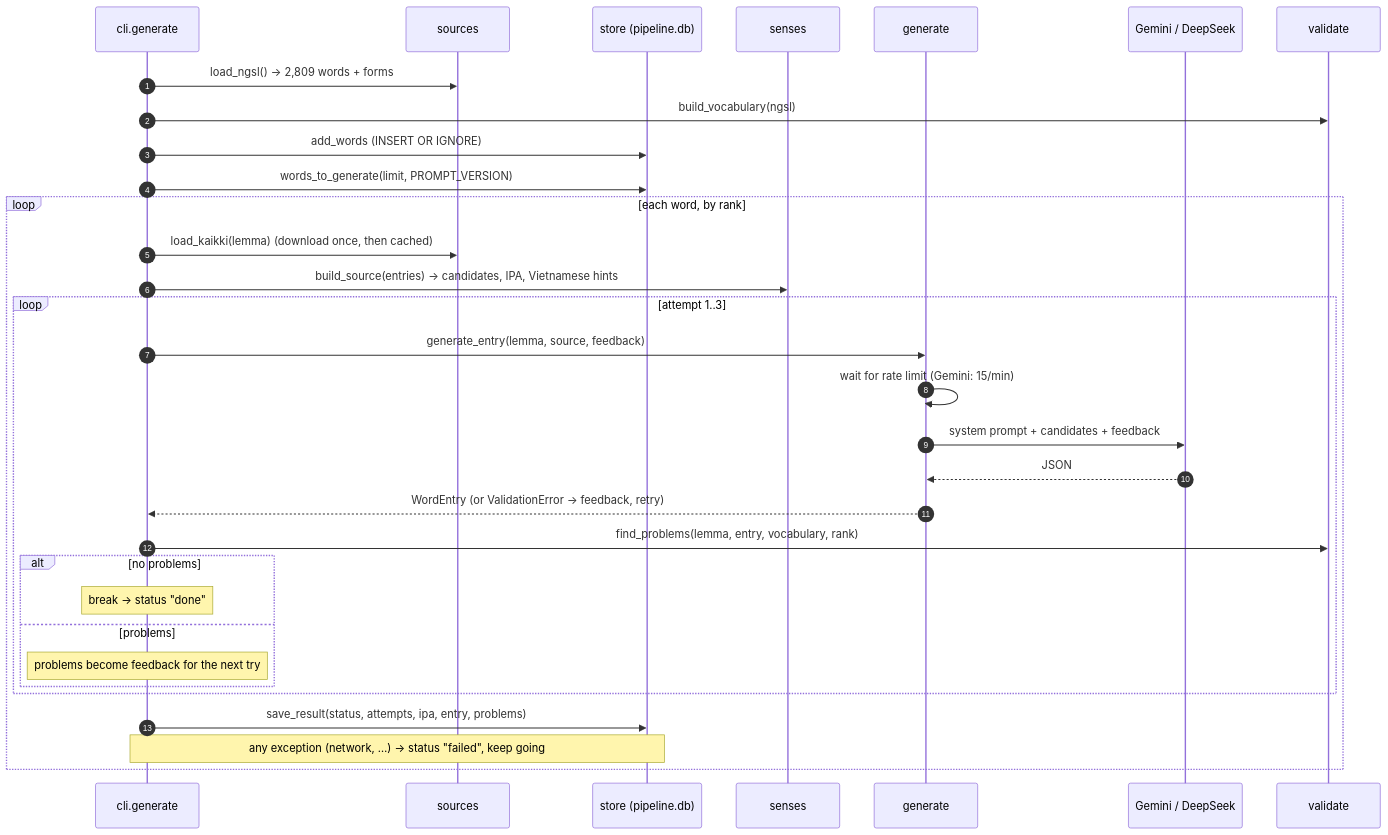
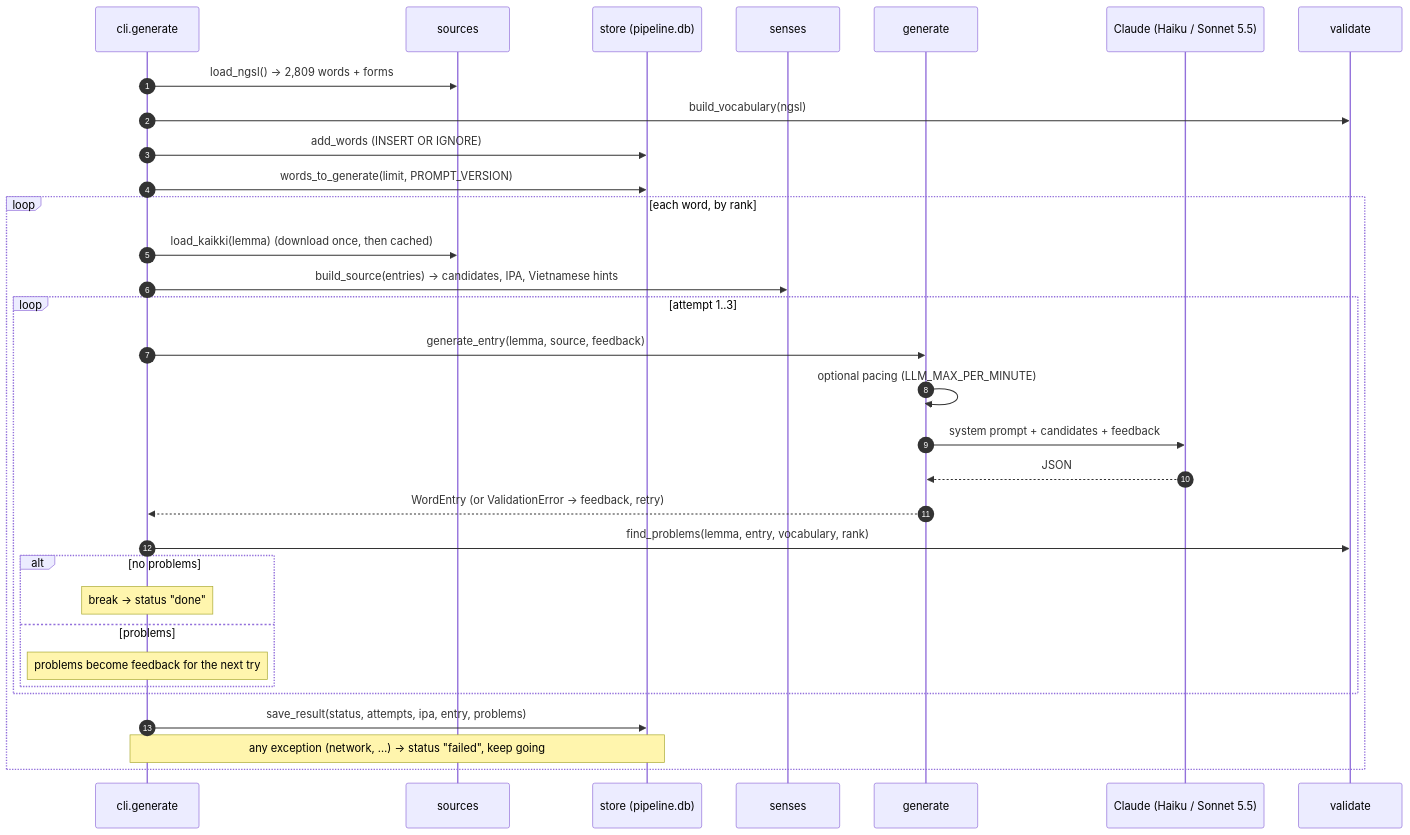
The second of 3 diagrams in backlog/docs/features/doc-6 - Dictionary-pipeline.md (tranphuocloc070699/saynata), drawn with Mermaid before and after one commit. The commit also changed other lines of this file and 6 other files, not shown here.

Commit message:
Pipeline: switch the LLM call to Claude with structured output

````diff
--- a/backlog/docs/features/doc-6 - Dictionary-pipeline.md
+++ b/backlog/docs/features/doc-6 - Dictionary-pipeline.md
@@ -36,35 +36,35 @@
 ```mermaid
 sequenceDiagram
     autonumber
     participant CLI as cli.generate
     participant SO as sources
     participant DB as store (pipeline.db)
     participant SE as senses
     participant GE as generate
-    participant LLM as Gemini / DeepSeek
+    participant LLM as Claude (Haiku / Sonnet 5.5)
     participant VA as validate
 
     CLI->>SO: load_ngsl() → 2,809 words + forms
     CLI->>VA: build_vocabulary(ngsl)
     CLI->>DB: add_words (INSERT OR IGNORE)
     CLI->>DB: words_to_generate(limit, PROMPT_VERSION)
     loop each word, by rank
         CLI->>SO: load_kaikki(lemma) (download once, then cached)
         CLI->>SE: build_source(entries) → candidates, IPA, Vietnamese hints
         loop attempt 1..3
             CLI->>GE: generate_entry(lemma, source, feedback)
-            GE->>GE: wait for rate limit (Gemini: 15/min)
+            GE->>GE: optional pacing (LLM_MAX_PER_MINUTE)
             GE->>LLM: system prompt + candidates + feedback
             LLM-->>GE: JSON
             GE-->>CLI: WordEntry (or ValidationError → feedback, retry)
             CLI->>VA: find_problems(lemma, entry, vocabulary, rank)
             alt no problems
                 Note over CLI: break → status "done"
             else problems
                 Note over CLI: problems become feedback for the next try
             end
         end
         CLI->>DB: save_result(status, attempts, ipa, entry, problems)
         Note over CLI,DB: any exception (network, …) → status "failed", keep going
     end
 ```
````
